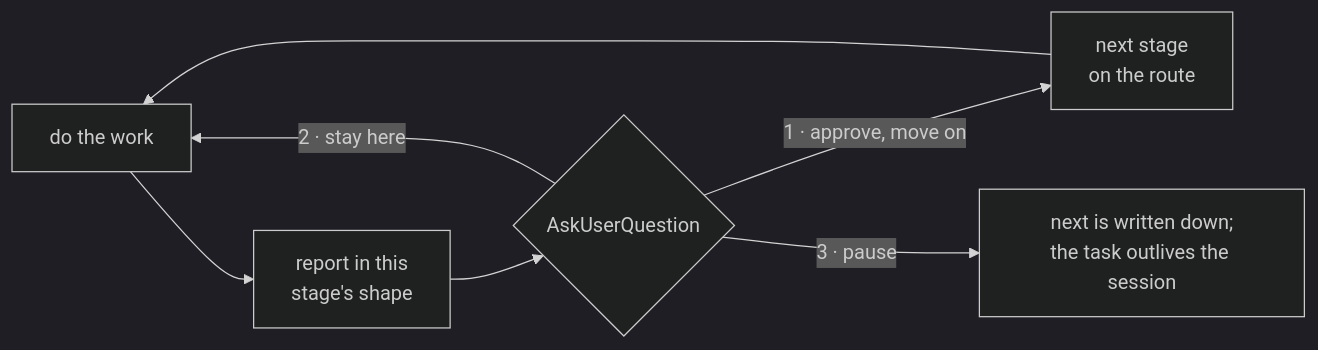
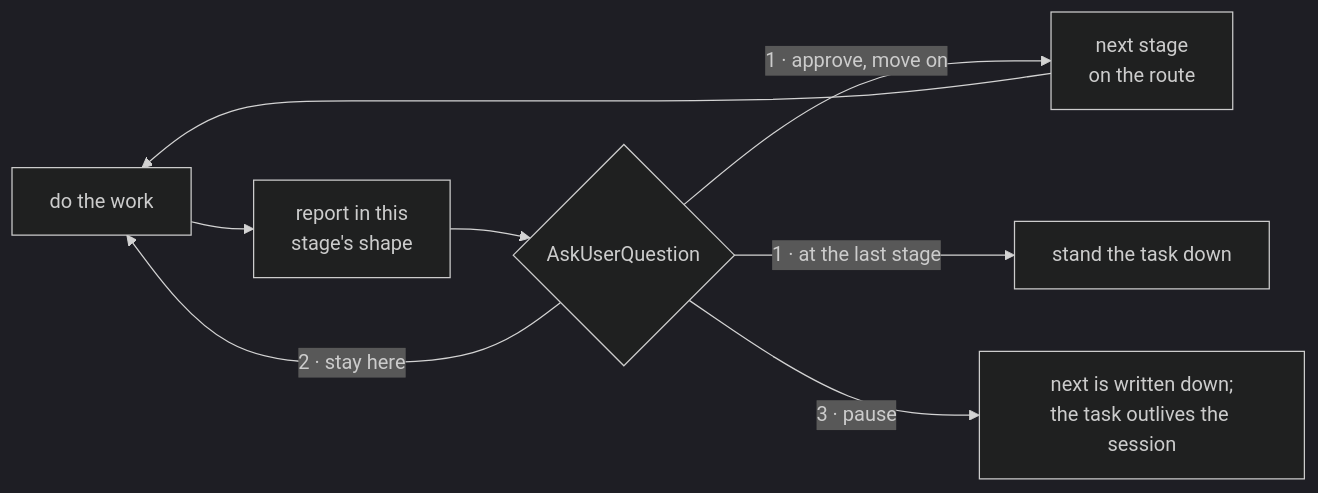
The second of 2 diagrams in README.md (FanFantom9452/FanKeel), drawn with Mermaid (dark theme) before and after one commit. The commit also changed 2 other files, not shown here.

Commit message:
docs: the drawn gate gains its branch, and two figures stop being exact
The mermaid in README.md drew one arrow out of option one and called it "next
stage on the route", which is true at six stages out of seven and false at the
one where the route ends. It now draws both, and the second is terminal: what
follows a finished route is a new task, not a transition.

The style layer carried the last copy of the ambiguous word — "Every completed
step ends by asking" — where a step in the plan skill is one plan task. Stopping
is what means asking, whatever unit stopped.

The two character figures in docs/pipeline.md were 2363 and "1867 to 2378";
measured today they are 2356 and 1857 to 2369, moved by exactly what this change
took out of ALWAYS. They are now rounded and dated instead of replaced with two
fresh exact numbers that would rot the same way — the precedent is
scripts/survey.js, where an exact count went stale four times and each stale one
read as current because it looked precise. The method sentence under them is
unchanged and was what made the measurement checkable: renderResume, the same
59-character reference root, each class over its own route.

````diff
--- a/README.md
+++ b/README.md
@@ -96,9 +96,10 @@
 ```mermaid
 flowchart LR
     W["do the work"] --> R["report in this<br/>stage's shape"]
     R --> Q{"AskUserQuestion"}
     Q -- "1 · approve, move on" --> N["next stage<br/>on the route"]
+    Q -- "1 · at the last stage" --> D["stand the task down"]
     Q -- "2 · stay here" --> W
     Q -- "3 · pause" --> P["next is written down;<br/>the task outlives the session"]
     N --> W
 ```
````
